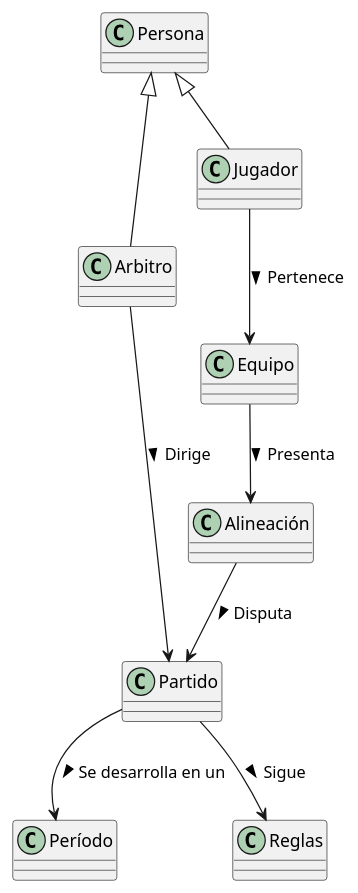
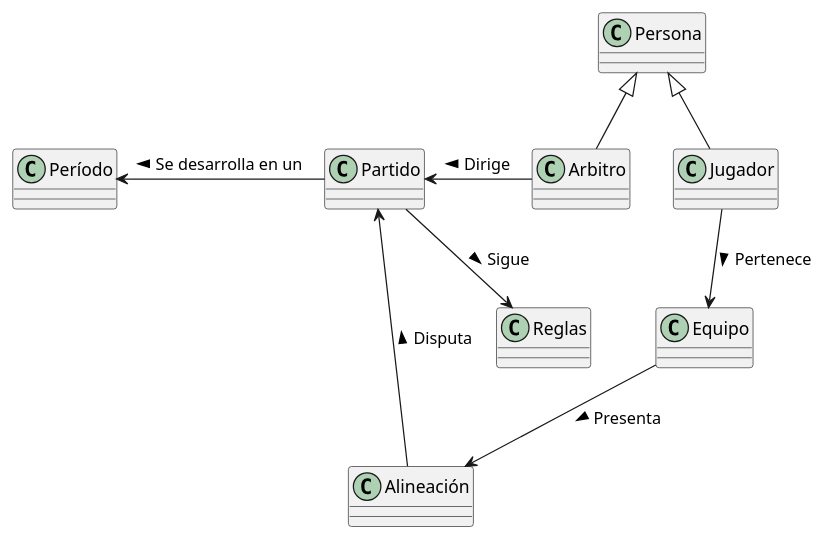
The diagram in actividades/001-futbol/ibuprofenoFernandez/modeloDelDominio.puml (mmasias/IdSw1-22-23), drawn with PlantUML before and after one commit.

```diff
--- a/actividades/001-futbol/ibuprofenoFernandez/modeloDelDominio.puml
+++ b/actividades/001-futbol/ibuprofenoFernandez/modeloDelDominio.puml
@@ -1,18 +1,19 @@
 @startuml
 
-Partido  --> Período : Se desarrolla en un >
+Partido  -l-> Período : Se desarrolla en un >
+Partido --> Reglas : Sigue >
 
-Alineación --> Partido : Disputa >
+
+Partido <-r- Alineación  : Disputa <
+Partido <-r- Arbitro  : Dirige <
+
 
 Equipo --> Alineación : Presenta >
 
-Arbitro --> Partido : Dirige >
-
 Jugador --> Equipo : Pertenece >
 
-Partido --> Reglas : Sigue >
 
 Persona <|-- Arbitro
 Persona <|-- Jugador
 
 @enduml
```
